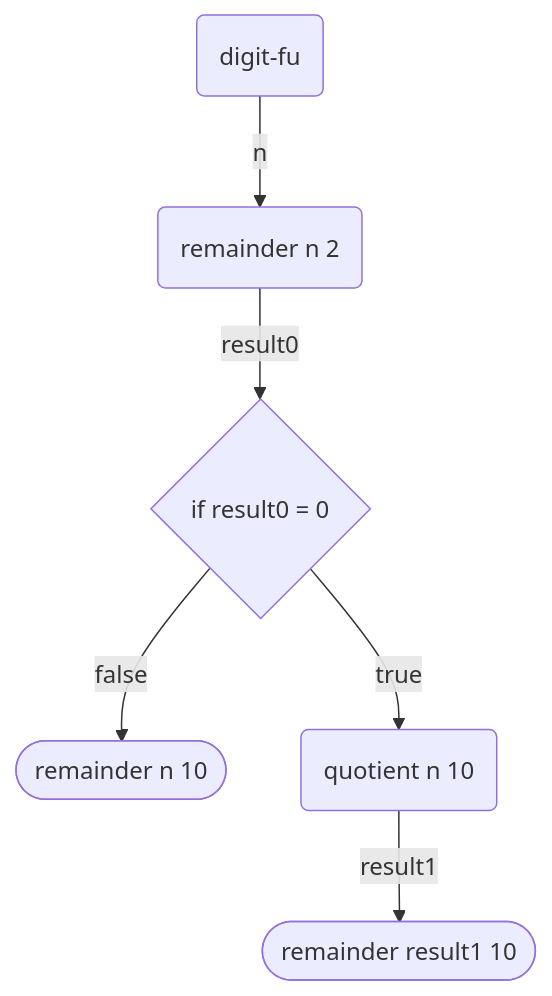
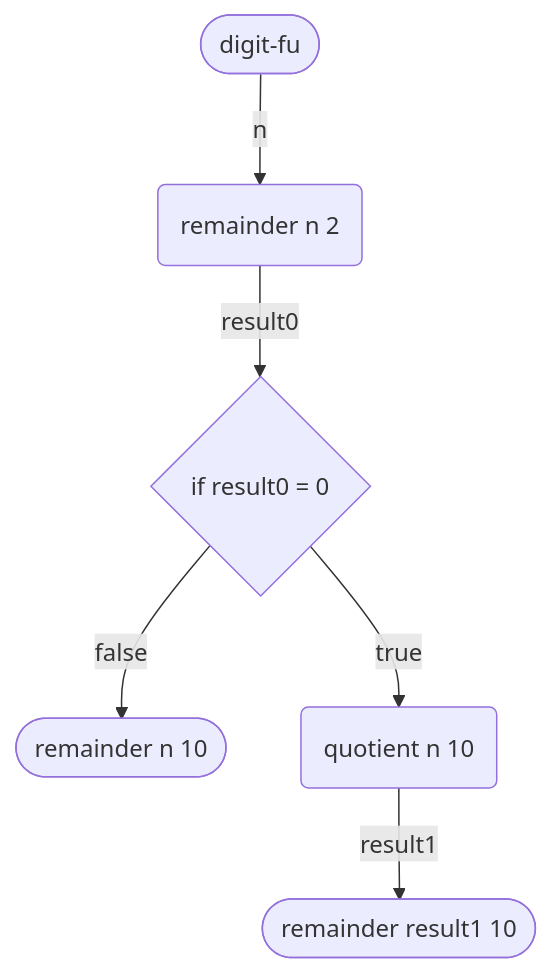
Before and after one commit to mks21-dw/thesource: the third of 3 diagrams in flowcharts/work09.md, drawn with Mermaid. The commit also changed other lines of this file and 1 other file, not shown here.

Commit message:
+flowcharts

````diff
--- a/flowcharts/work09.md
+++ b/flowcharts/work09.md
@@ -33,8 +33,8 @@
 ```mermaid
 flowchart TD;
-    id0(digit-fu) -- n --> id1(remainder n 2);
+    id0([digit-fu]) -- n --> id1(remainder n 2);
     id1 -- result0 --> id2{if result0 = 0};
     id2 -- false --> id3([remainder n 10]);
     id2 -- true --> id4(quotient n 10);
     id4 -- result1 --> id5([remainder result1 10]);
 ```
````
